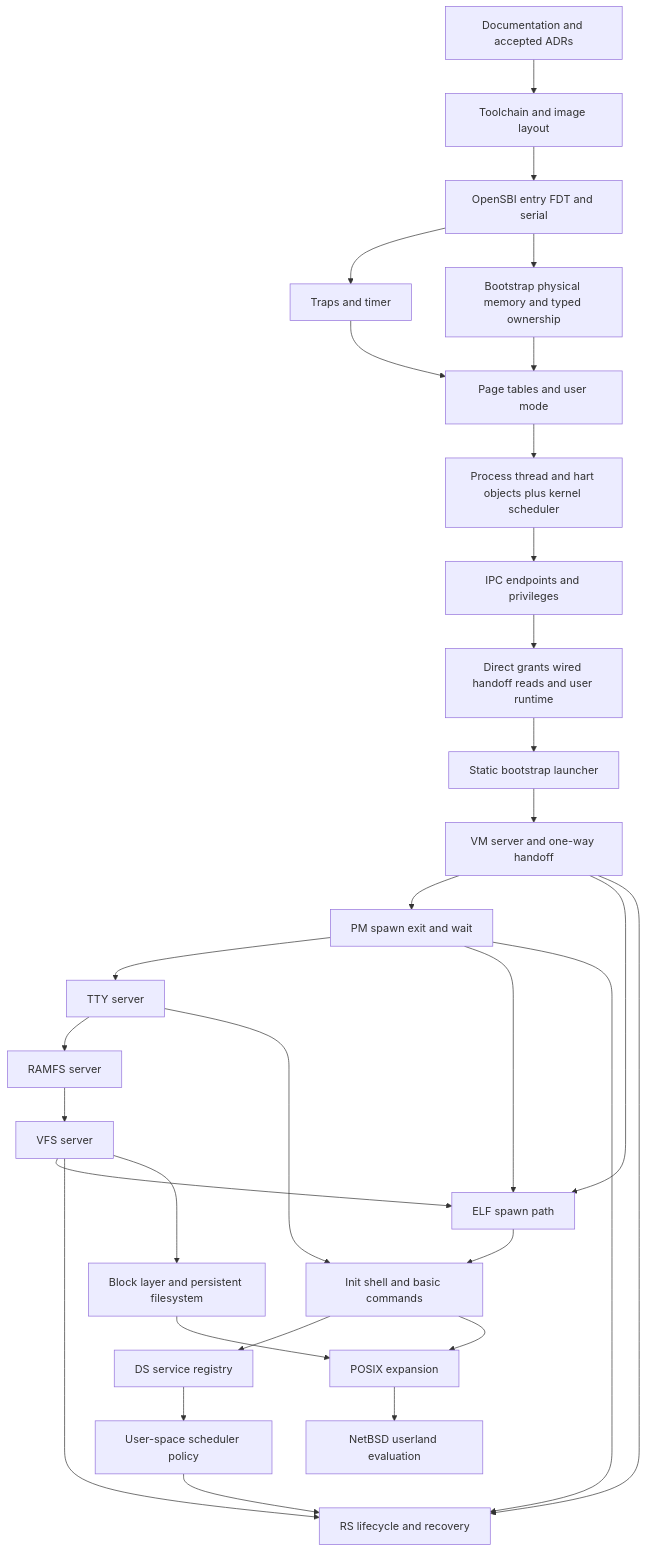
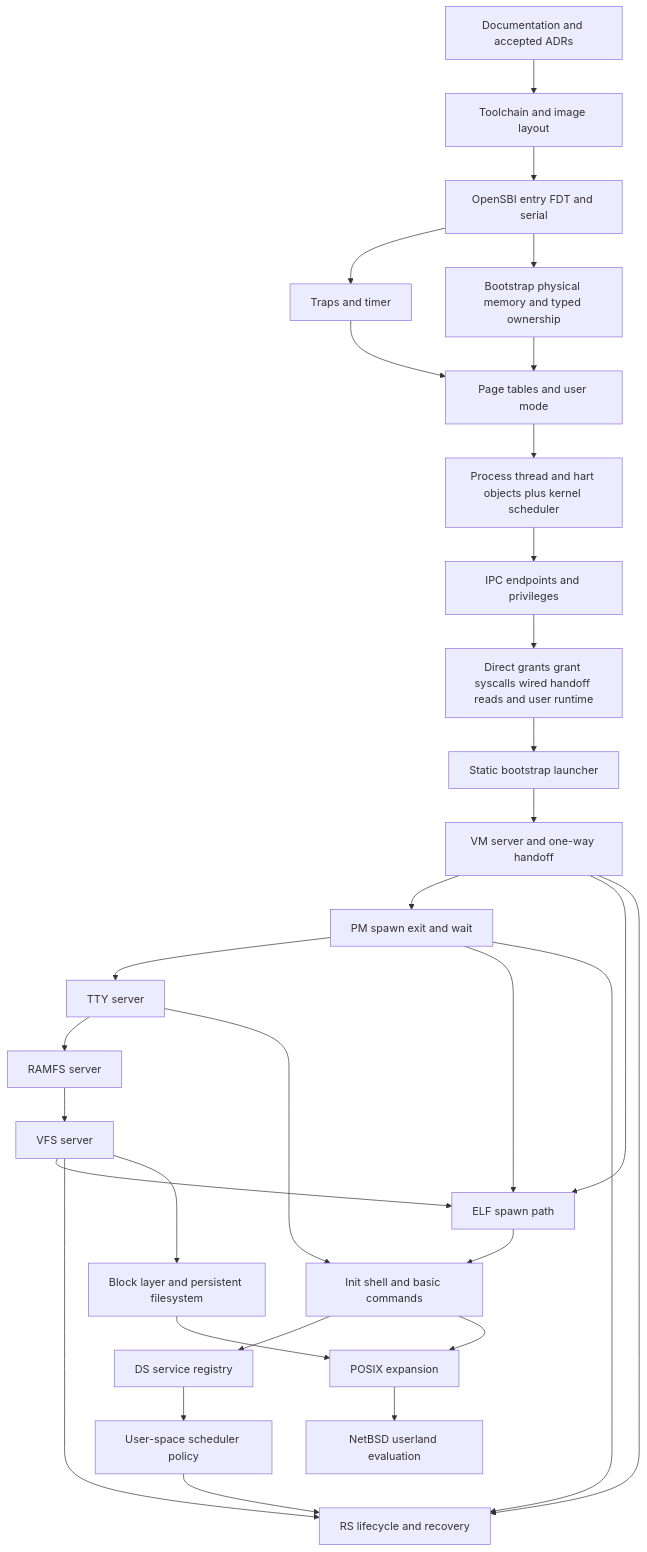
The diagram in docs/architecture/development-dag.md (algorithm-apprentice/micros), drawn with Mermaid before and after one commit. The commit also changed other lines of this file and 7 other files, not shown here.

First line of the commit message:
docs: design unified grant syscalls (#69)

````diff
--- a/docs/architecture/development-dag.md
+++ b/docs/architecture/development-dag.md
@@ -16,57 +16,57 @@
 ```mermaid
 flowchart TD
     A[Documentation and accepted ADRs]
     B[Toolchain and image layout]
     C[OpenSBI entry FDT and serial]
     D[Traps and timer]
     E[Bootstrap physical memory and typed ownership]
     F[Page tables and user mode]
     G[Process thread and hart objects plus kernel scheduler]
     H[IPC endpoints and privileges]
-    I[Direct grants wired handoff reads and user runtime]
+    I[Direct grants grant syscalls wired handoff reads and user runtime]
     J[Static bootstrap launcher]
     K[VM server and one-way handoff]
     L[PM spawn exit and wait]
     M[TTY server]
     N[RAMFS server]
     O[VFS server]
     P[ELF spawn path]
     Q[Init shell and basic commands]
     R[DS service registry]
     S[User-space scheduler policy]
     T[RS lifecycle and recovery]
     U[Block layer and persistent filesystem]
     V[POSIX expansion]
     W[NetBSD userland evaluation]
 
     A --> B
     B --> C
     C --> D
     C --> E
     D --> F
     E --> F
     F --> G
     G --> H
     H --> I
     I --> J
     J --> K
     K --> L
     L --> M
     M --> N
     N --> O
     O --> P
     K --> P
     L --> P
     P --> Q
     M --> Q
     Q --> R
     R --> S
     S --> T
     K --> T
     L --> T
     O --> T
     O --> U
     Q --> V
     U --> V
     V --> W
 ```
````
